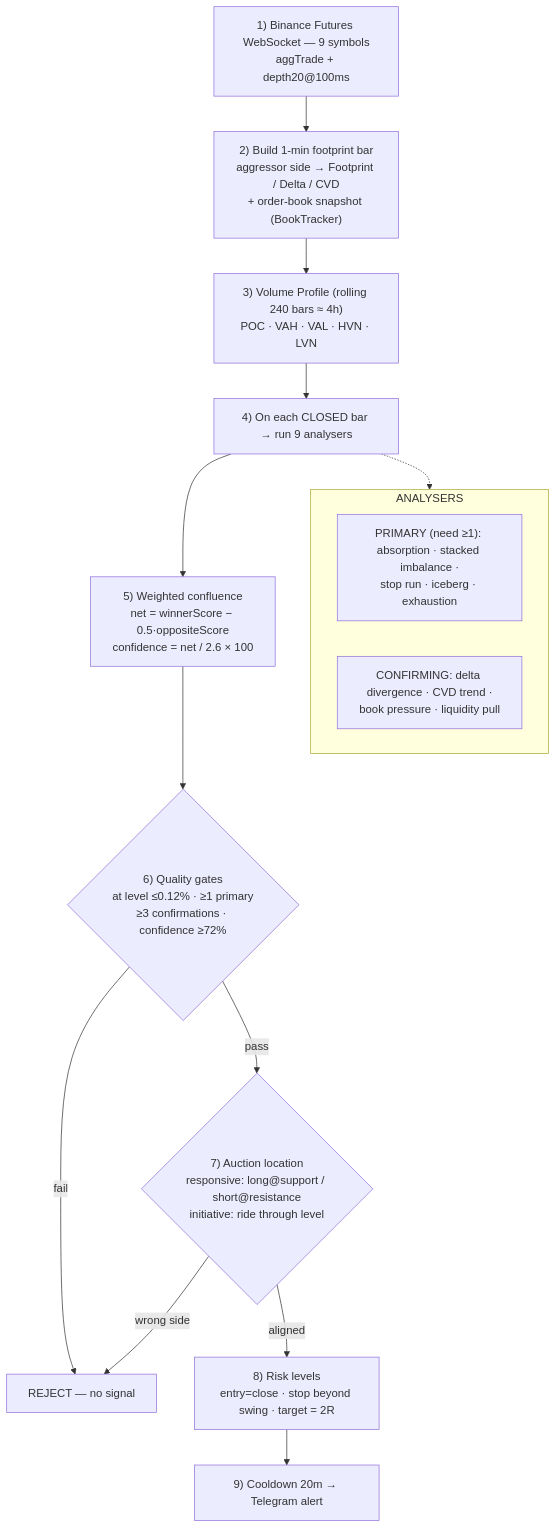
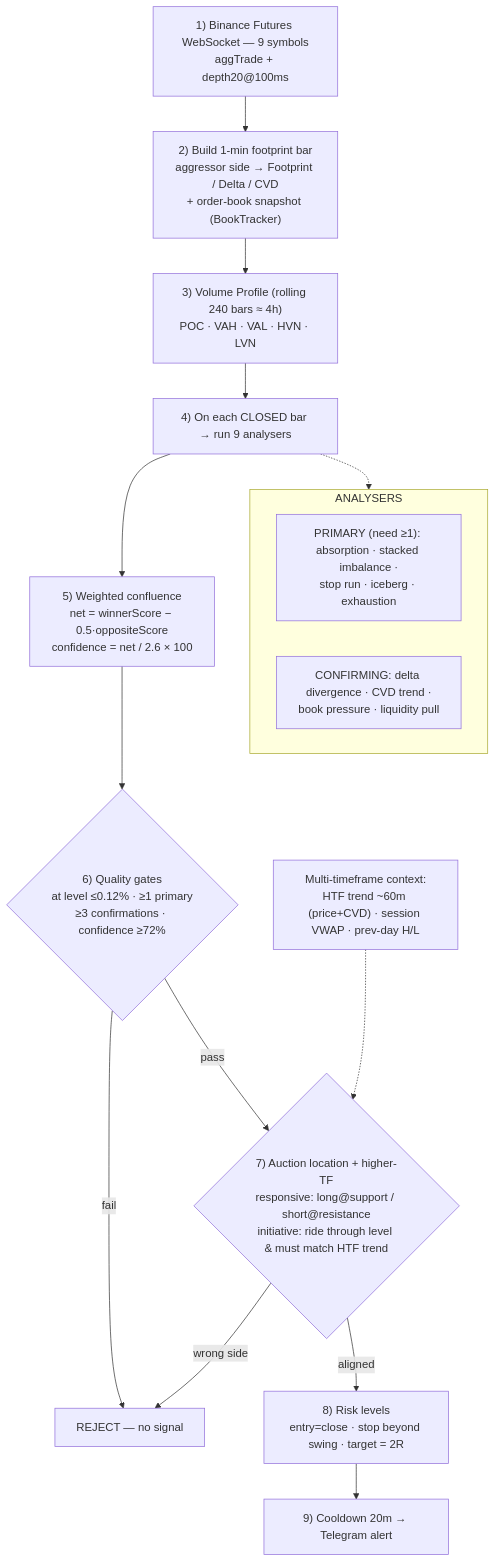
The diagram in docs/STRATEGY_FLOW.md (darkshadow9506-alt/AuraOrderFlow), drawn with Mermaid before and after one commit. The commit also changed other lines of this file and 8 other files, not shown here.

First line of the commit message:
feat: multi-timeframe layer — HTF trend filter + session VWAP + prev-day levels

````diff
--- a/docs/STRATEGY_FLOW.md
+++ b/docs/STRATEGY_FLOW.md
@@ -6,25 +6,27 @@
 ```mermaid
 flowchart TD
     A["1) Binance Futures WebSocket — 9 symbols<br/>aggTrade + depth20@100ms"]
     B["2) Build 1-min footprint bar<br/>aggressor side → Footprint / Delta / CVD<br/>+ order-book snapshot (BookTracker)"]
     C["3) Volume Profile (rolling 240 bars ≈ 4h)<br/>POC · VAH · VAL · HVN · LVN"]
     D["4) On each CLOSED bar → run 9 analysers"]
     E["5) Weighted confluence<br/>net = winnerScore − 0.5·oppositeScore<br/>confidence = net / 2.6 × 100"]
     F{"6) Quality gates<br/>at level ≤0.12% · ≥1 primary<br/>≥3 confirmations · confidence ≥72%"}
-    G{"7) Auction location<br/>responsive: long@support / short@resistance<br/>initiative: ride through level"}
+    G{"7) Auction location + higher-TF<br/>responsive: long@support / short@resistance<br/>initiative: ride through level &amp; must match HTF trend"}
+    M["Multi-timeframe context:<br/>HTF trend ~60m (price+CVD) · session VWAP · prev-day H/L"]
     H["8) Risk levels<br/>entry=close · stop beyond swing · target = 2R"]
     I["9) Cooldown 20m → Telegram alert"]
     X["REJECT — no signal"]
 
     A --> B --> C --> D --> E --> F
     F -- fail --> X
     F -- pass --> G
     G -- wrong side --> X
     G -- aligned --> H --> I
 
     subgraph ANALYSERS
       P["PRIMARY (need ≥1): absorption · stacked imbalance ·<br/>stop run · iceberg · exhaustion"]
       Q["CONFIRMING: delta divergence · CVD trend ·<br/>book pressure · liquidity pull"]
     end
     D -.-> ANALYSERS
+    M -.-> G
 ```
````
